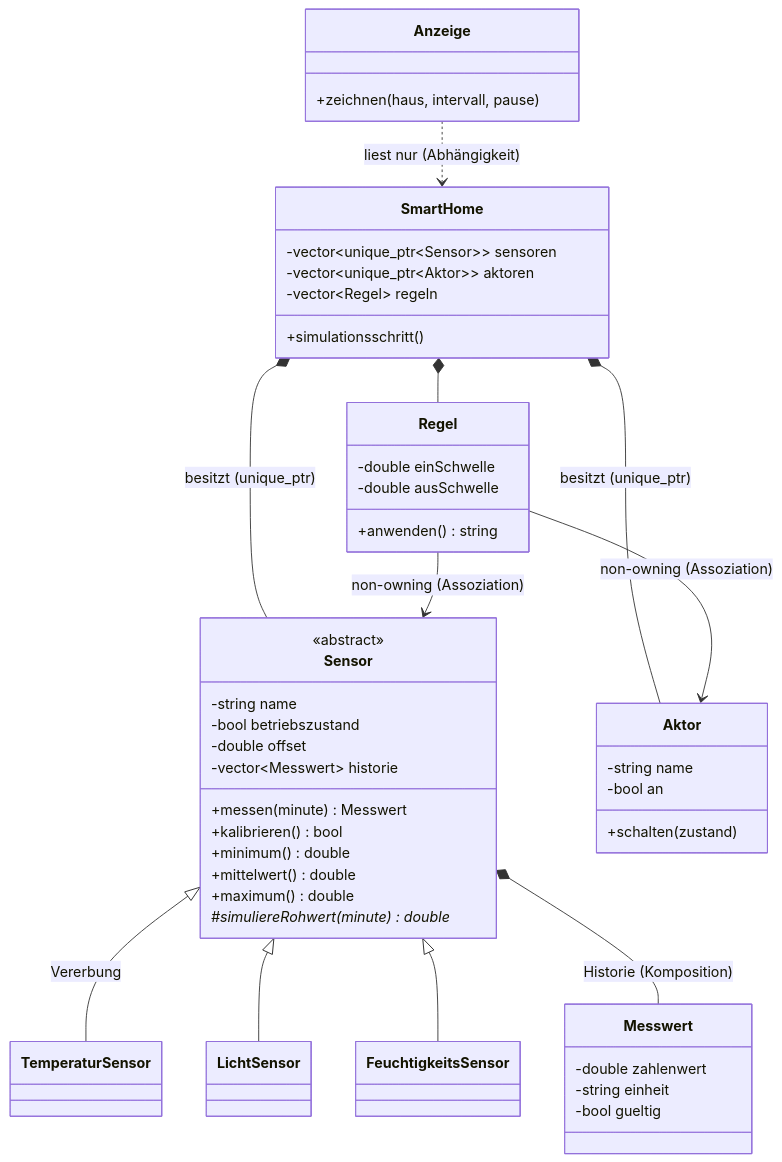
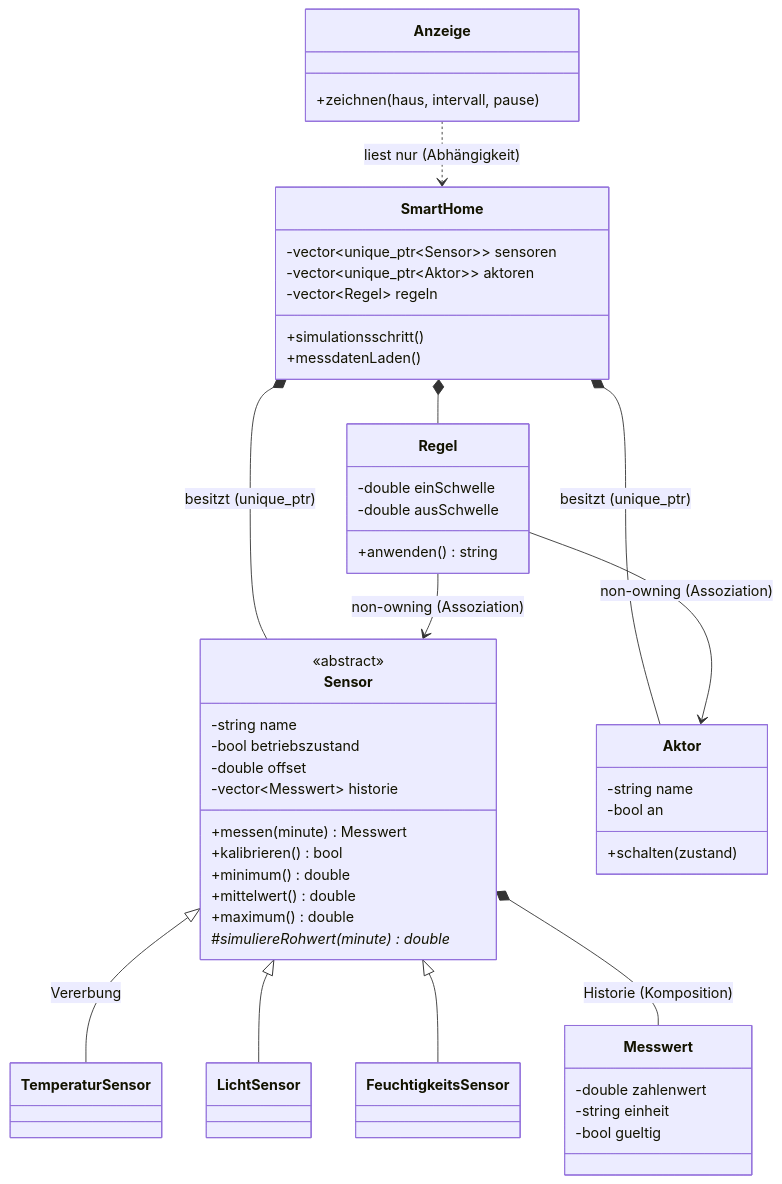
The diagram in README.md (vctrzglr/smartsensor), drawn with Mermaid before and after one commit. The commit also changed other lines of this file and 5 other files, not shown here.

````diff
--- a/README.md
+++ b/README.md
@@ -74,54 +77,55 @@
 ```mermaid
 classDiagram
     class Sensor {
         <<abstract>>
         -string name
         -bool betriebszustand
         -double offset
         -vector~Messwert~ historie
         +messen(minute) Messwert
         +kalibrieren() bool
         +minimum() double
         +mittelwert() double
         +maximum() double
         #simuliereRohwert(minute)* double
     }
     class TemperaturSensor
     class LichtSensor
     class FeuchtigkeitsSensor
     class Messwert {
         -double zahlenwert
         -string einheit
         -bool gueltig
     }
     class Aktor {
         -string name
         -bool an
         +schalten(zustand)
     }
     class Regel {
         -double einSchwelle
         -double ausSchwelle
         +anwenden() string
     }
     class SmartHome {
         -vector~unique_ptr~Sensor~~ sensoren
         -vector~unique_ptr~Aktor~~ aktoren
         -vector~Regel~ regeln
         +simulationsschritt()
+        +messdatenLaden()
     }
     class Anzeige {
         +zeichnen(haus, intervall, pause)
     }
 
     Sensor <|-- TemperaturSensor : Vererbung
     Sensor <|-- LichtSensor
     Sensor <|-- FeuchtigkeitsSensor
     Sensor *-- Messwert : Historie (Komposition)
     SmartHome *-- Sensor : besitzt (unique_ptr)
     SmartHome *-- Aktor : besitzt (unique_ptr)
     SmartHome *-- Regel
     Regel --> Sensor : non-owning (Assoziation)
     Regel --> Aktor : non-owning (Assoziation)
     Anzeige ..> SmartHome : liest nur (Abhängigkeit)
 ```
````
